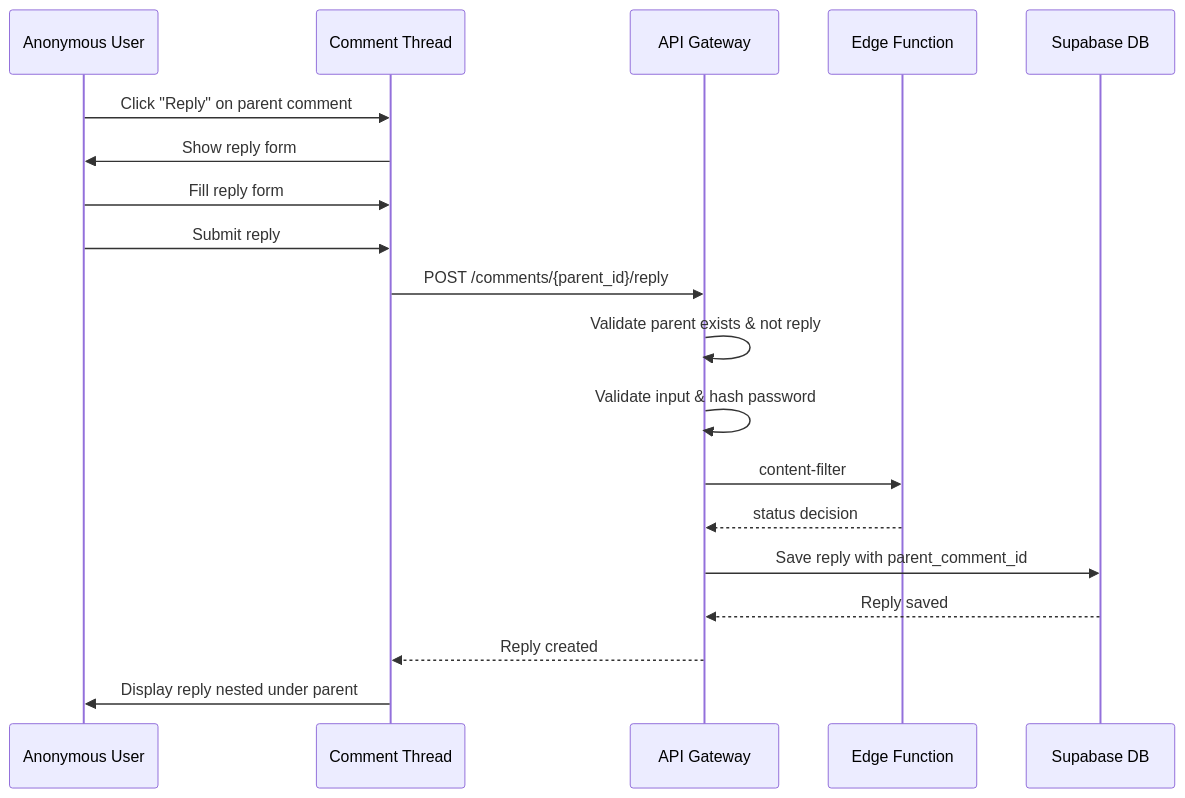
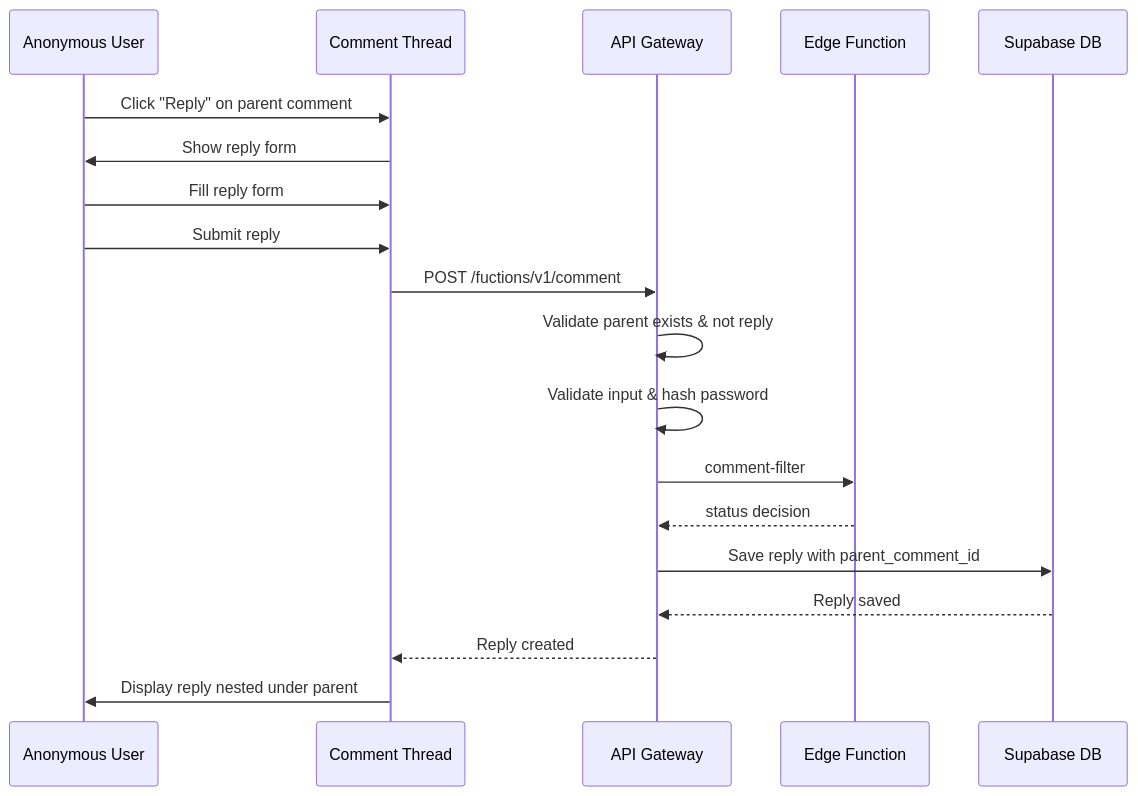
The third of 6 diagrams in prd/05-comment-management.md (jkjan/nowhereland), drawn with Mermaid before and after one commit. The commit also changed other lines of this file and 18 other files, not shown here.

````diff
--- a/prd/05-comment-management.md
+++ b/prd/05-comment-management.md
@@ -225,26 +210,26 @@
 ```mermaid
 sequenceDiagram
     participant U as Anonymous User
     participant UI as Comment Thread
     participant API as API Gateway
     participant EDGE as Edge Function
     participant DB as Supabase DB
     
     U->>UI: Click "Reply" on parent comment
     UI->>U: Show reply form
     U->>UI: Fill reply form
     U->>UI: Submit reply
     
-    UI->>API: POST /comments/{parent_id}/reply
+    UI->>API: POST /fuctions/v1/comment
     API->>API: Validate parent exists & not reply
     API->>API: Validate input & hash password
     
-    API->>EDGE: content-filter
+    API->>EDGE: comment-filter
     EDGE-->>API: status decision
     
     API->>DB: Save reply with parent_comment_id
     DB-->>API: Reply saved
     API-->>UI: Reply created
     
     UI->>U: Display reply nested under parent
 ```
````
